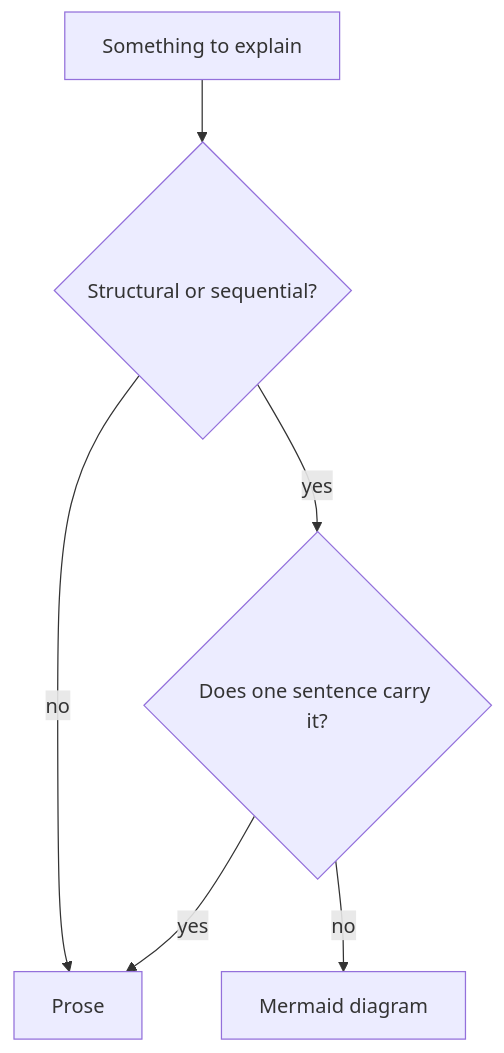
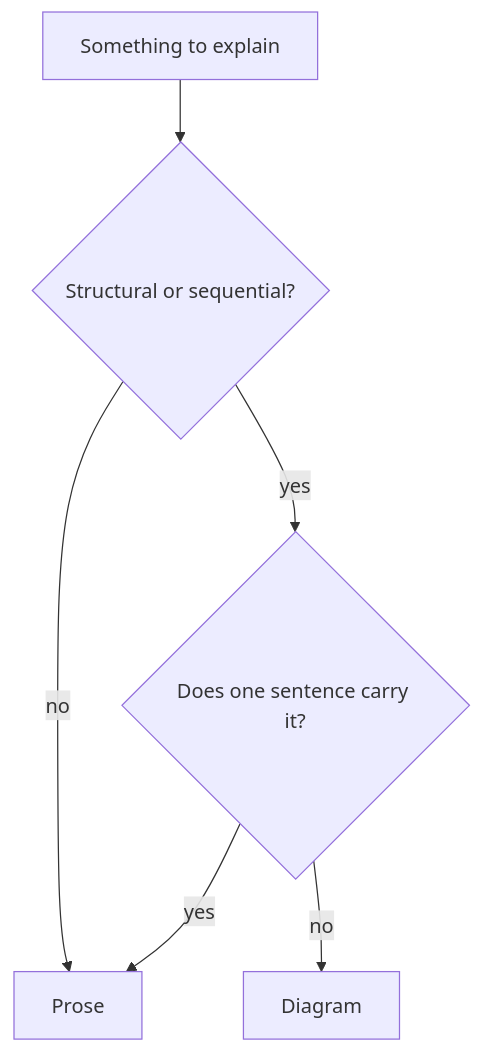
The diagram in constitutions/documentation/diagrams-style.md (polikeiji/constitutions), drawn with Mermaid before and after one commit. The commit also changed other lines of this file and 8 other files, not shown here.

First line of the commit message:
docs(documentation): drop the format restriction on images and diagrams

````diff
--- a/constitutions/documentation/diagrams-style.md
+++ b/constitutions/documentation/diagrams-style.md
@@ -21,10 +21,10 @@
 ```mermaid
 flowchart TD
     accTitle: Choosing between a diagram and a sentence
     accDescr: Content that is neither structural nor sequential stays prose. Content that is becomes a diagram, unless one sentence already carries it, in which case the sentence wins.
     Start["Something to explain"] --> Struct{"Structural or sequential?"}
     Struct -->|no| Prose["Prose"]
     Struct -->|yes| Short{"Does one sentence carry it?"}
     Short -->|yes| Prose
-    Short -->|no| Diagram["Mermaid diagram"]
+    Short -->|no| Diagram["Diagram"]
 ```
````
